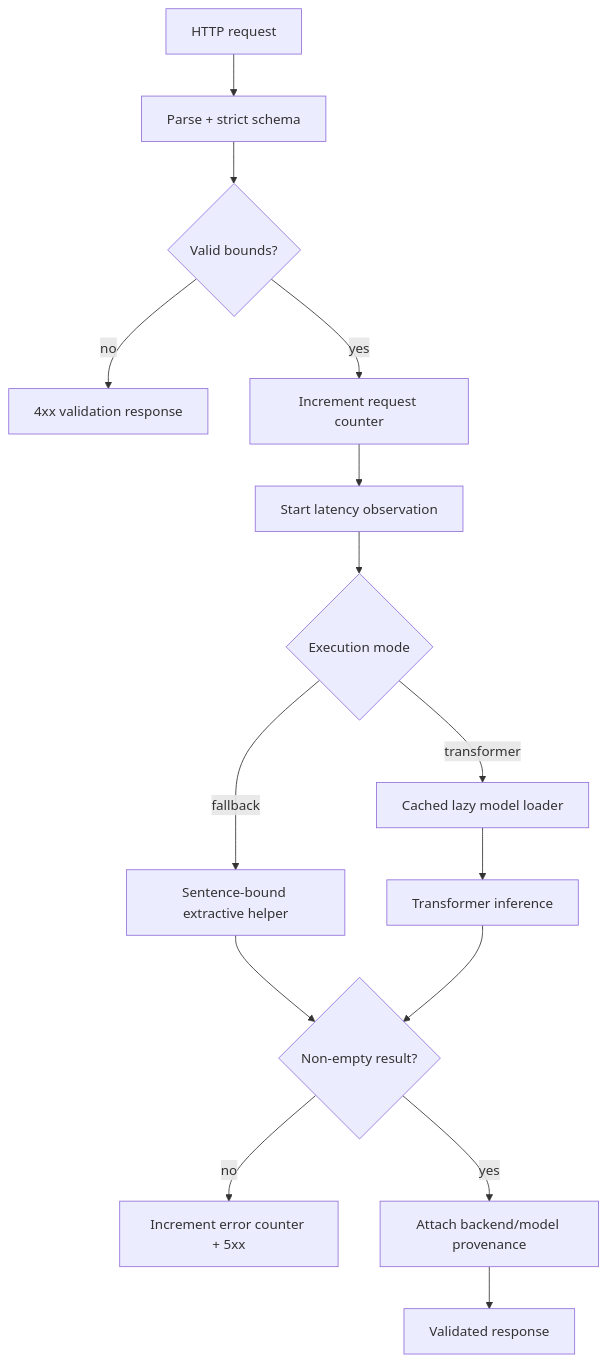
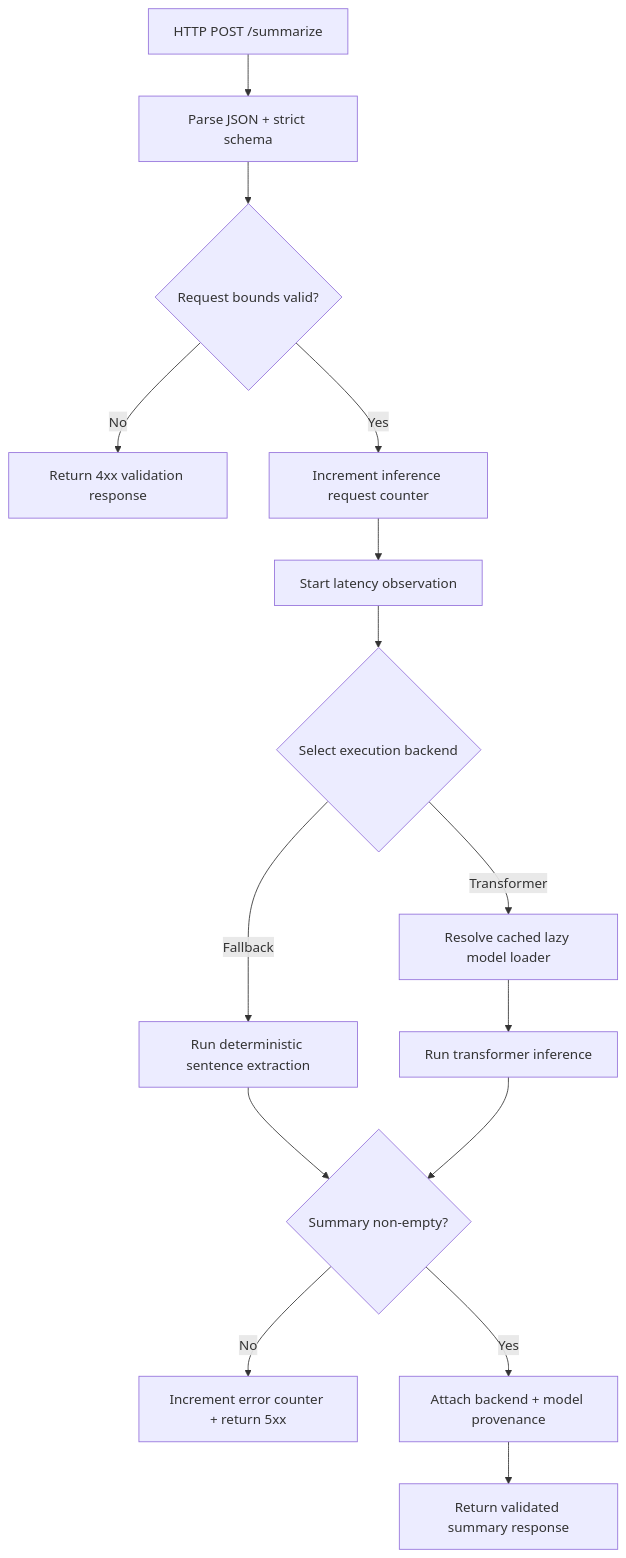
One commit to CoreyLeath-code/TransformerForge changed the second of 2 diagrams in README.md. Above: the diagram before and after it, drawn with Mermaid. The commit also changed other lines of this file, not shown here.

Commit message:
docs: fix Mermaid rendering in README

````diff
--- a/README.md
+++ b/README.md
@@ -56,17 +56,17 @@
 ```mermaid
 flowchart TD
-    Req[HTTP request] --> Parse[Parse + strict schema]
-    Parse --> Bounds{Valid bounds?}
-    Bounds -->|no| Reject[4xx validation response]
-    Bounds -->|yes| Count[Increment request counter]
-    Count --> Timer[Start latency observation]
-    Timer --> Mode{Execution mode}
-    Mode -->|fallback| Extract[Sentence-bound extractive helper]
-    Mode -->|transformer| Cache[Cached lazy model loader]
-    Cache --> Infer[Transformer inference]
-    Extract --> Empty{Non-empty result?}
-    Infer --> Empty
-    Empty -->|no| Error[Increment error counter + 5xx]
-    Empty -->|yes| Meta[Attach backend/model provenance]
-    Meta --> Resp[Validated response]
+    Request["HTTP POST /summarize"] --> Parse["Parse JSON + strict schema"]
+    Parse --> Bounds{"Request bounds valid?"}
+    Bounds -->|No| Reject["Return 4xx validation response"]
+    Bounds -->|Yes| Count["Increment inference request counter"]
+    Count --> Timer["Start latency observation"]
+    Timer --> Backend{"Select execution backend"}
+    Backend -->|Fallback| Extract["Run deterministic sentence extraction"]
+    Backend -->|Transformer| Cache["Resolve cached lazy model loader"]
+    Cache --> Infer["Run transformer inference"]
+    Extract --> Result{"Summary non-empty?"}
+    Infer --> Result
+    Result -->|No| Error["Increment error counter + return 5xx"]
+    Result -->|Yes| Metadata["Attach backend + model provenance"]
+    Metadata --> Response["Return validated summary response"]
 ```
````
